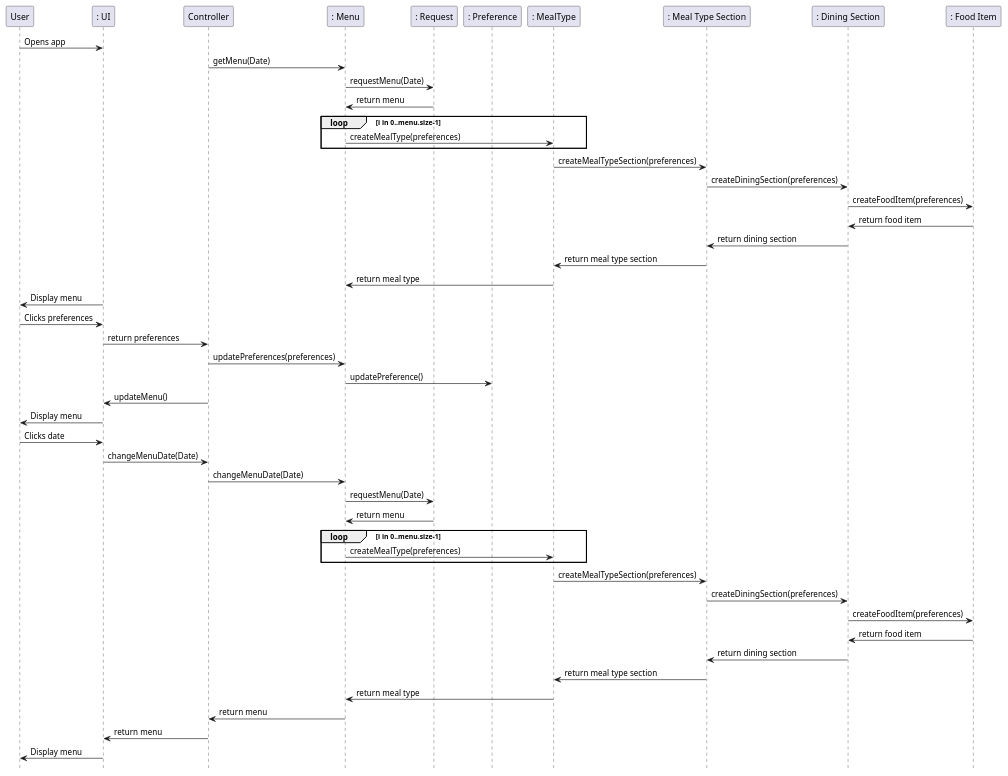
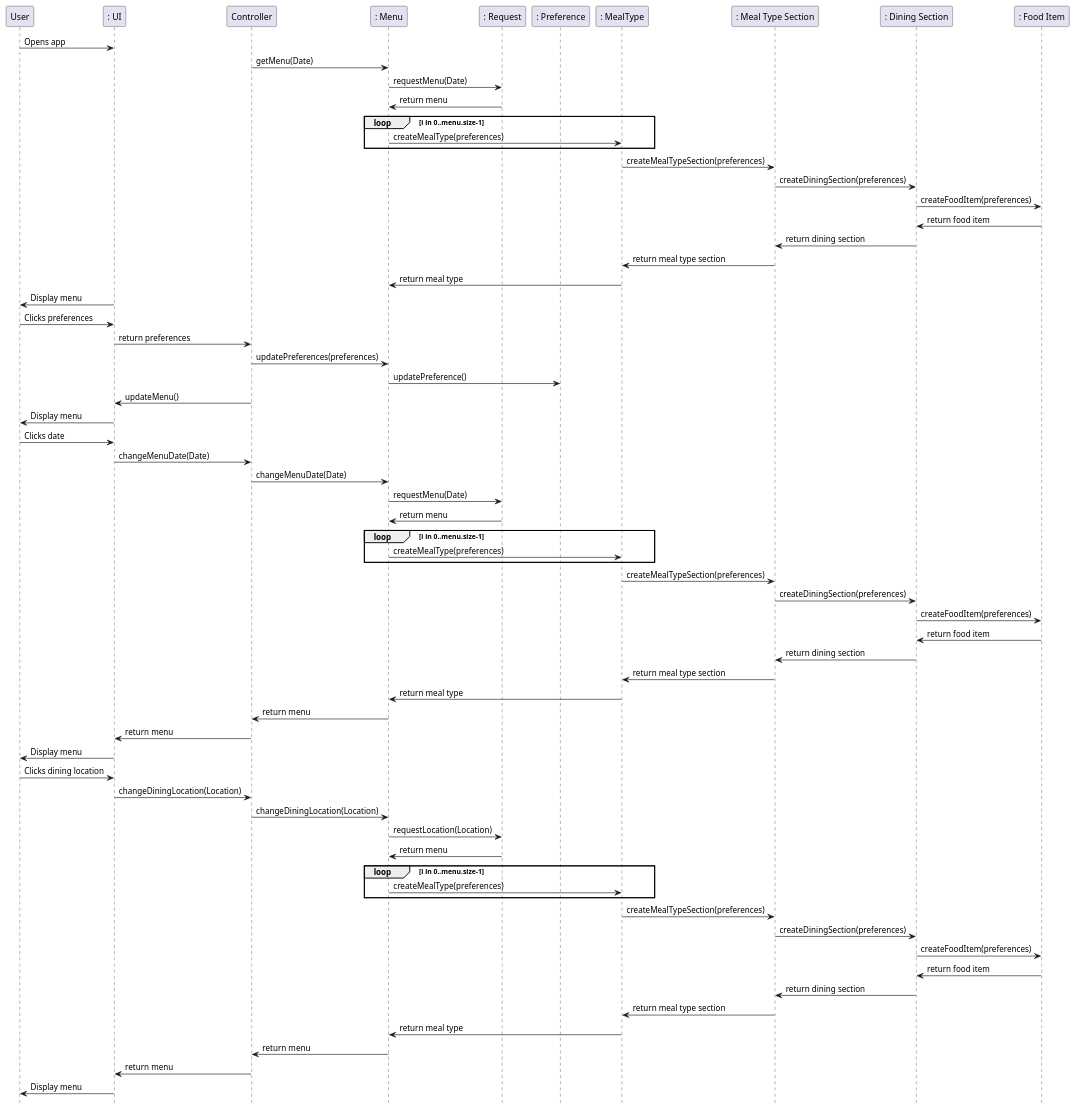
One commit to EzekielEkanem/team-1d changed the second of 2 diagrams in intellij/doc/use-cases/use-case-browse.md. Above: the diagram before and after it, drawn with PlantUML. The commit also changed 1 other file, not shown here.

Commit message:
Updated Sequence diagram for browse use-case

````diff
--- a/intellij/doc/use-cases/use-case-browse.md
+++ b/intellij/doc/use-cases/use-case-browse.md
@@ -81,64 +81,82 @@
 ```plantuml
 Sequence diagrams: messages
 @startuml
 hide footbox
 
 participant "User" as user
 participant ": UI" as ui
 participant "Controller" as controller
 participant ": Menu" as menu
 participant ": Request" as request
 participant ": Preference" as preference
 participant ": MealType" as meal_t
 participant ": Meal Type Section" as meal_t_s
 participant ": Dining Section" as d_s
 participant ": Food Item" as food_item
 
 user -> ui : Opens app
 controller -> menu : getMenu(Date)
 menu -> request : requestMenu(Date)
 request -> menu : return menu
 loop i in 0..menu.size-1
     menu -> meal_t : createMealType(preferences)
 end
 meal_t -> meal_t_s : createMealTypeSection(preferences)
 meal_t_s -> d_s : createDiningSection(preferences)
 d_s -> food_item : createFoodItem(preferences)
 food_item -> d_s : return food item
 d_s -> meal_t_s : return dining section
 meal_t_s -> meal_t : return meal type section
 meal_t -> menu : return meal type
 ui -> user : Display menu
 
 user -> ui : Clicks preferences
 ui -> controller : return preferences
 controller -> menu : updatePreferences(preferences)
 menu -> preference : updatePreference()
 controller -> ui : updateMenu()
 ui -> user : Display menu
 
 user -> ui : Clicks date
 ui -> controller : changeMenuDate(Date)
 controller -> menu : changeMenuDate(Date)
 menu -> request : requestMenu(Date)
 request -> menu : return menu
 loop i in 0..menu.size-1
     menu -> meal_t : createMealType(preferences)
 end
 meal_t -> meal_t_s : createMealTypeSection(preferences)
 meal_t_s -> d_s : createDiningSection(preferences)
 d_s -> food_item : createFoodItem(preferences)
 food_item -> d_s : return food item
 d_s -> meal_t_s : return dining section
 meal_t_s -> meal_t : return meal type section
 meal_t -> menu : return meal type
 menu -> controller : return menu
 controller -> ui : return menu
 ui -> user : Display menu
 
+user -> ui : Clicks dining location
+ui -> controller : changeDiningLocation(Location)
+controller -> menu : changeDiningLocation(Location)
+menu -> request : requestLocation(Location)
+request -> menu : return menu
+loop i in 0..menu.size-1
+    menu -> meal_t : createMealType(preferences)
+end
+meal_t -> meal_t_s : createMealTypeSection(preferences)
+meal_t_s -> d_s : createDiningSection(preferences)
+d_s -> food_item : createFoodItem(preferences)
+food_item -> d_s : return food item
+d_s -> meal_t_s : return dining section
+meal_t_s -> meal_t : return meal type section
+meal_t -> menu : return meal type
+menu -> controller : return menu
+controller -> ui : return menu
+ui -> user : Display menu
 
 
 
 
 @enduml
 ```
````
